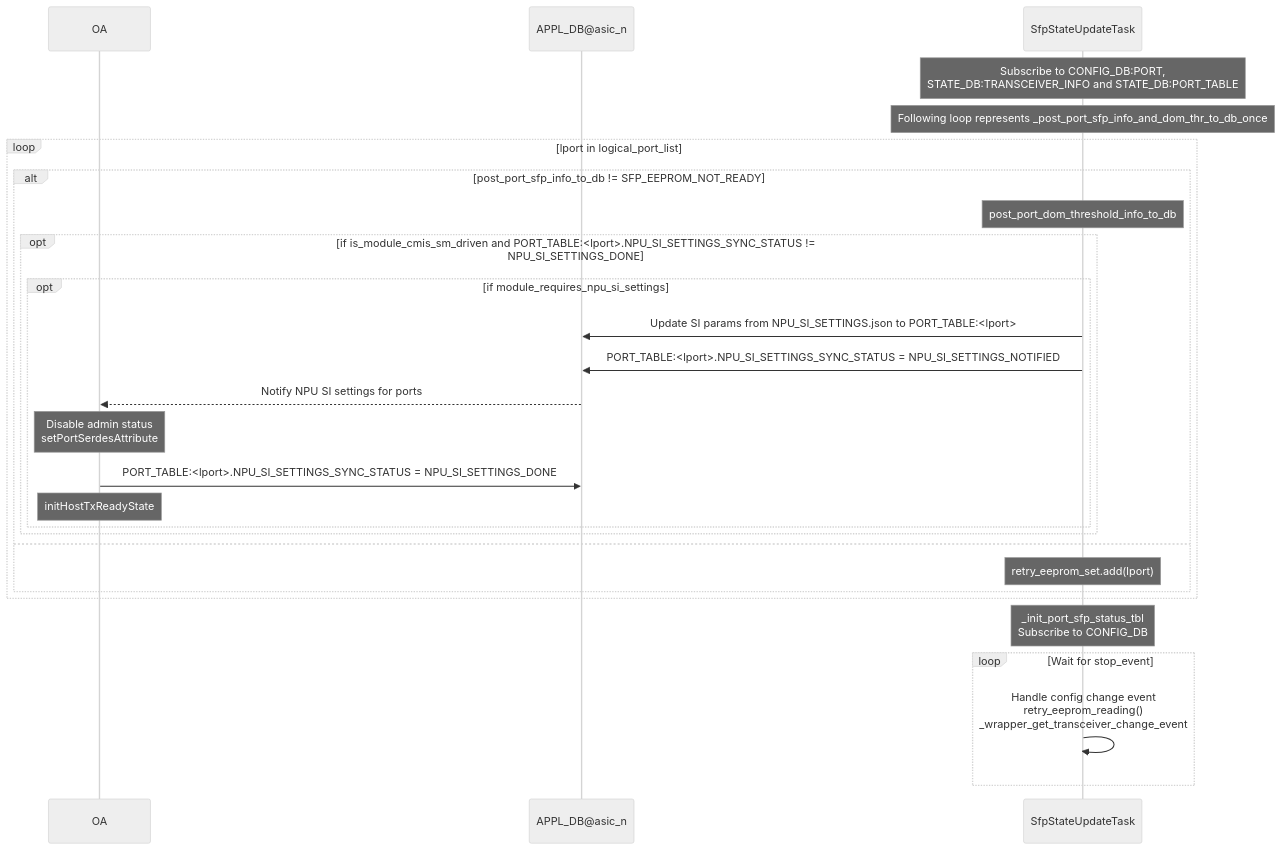
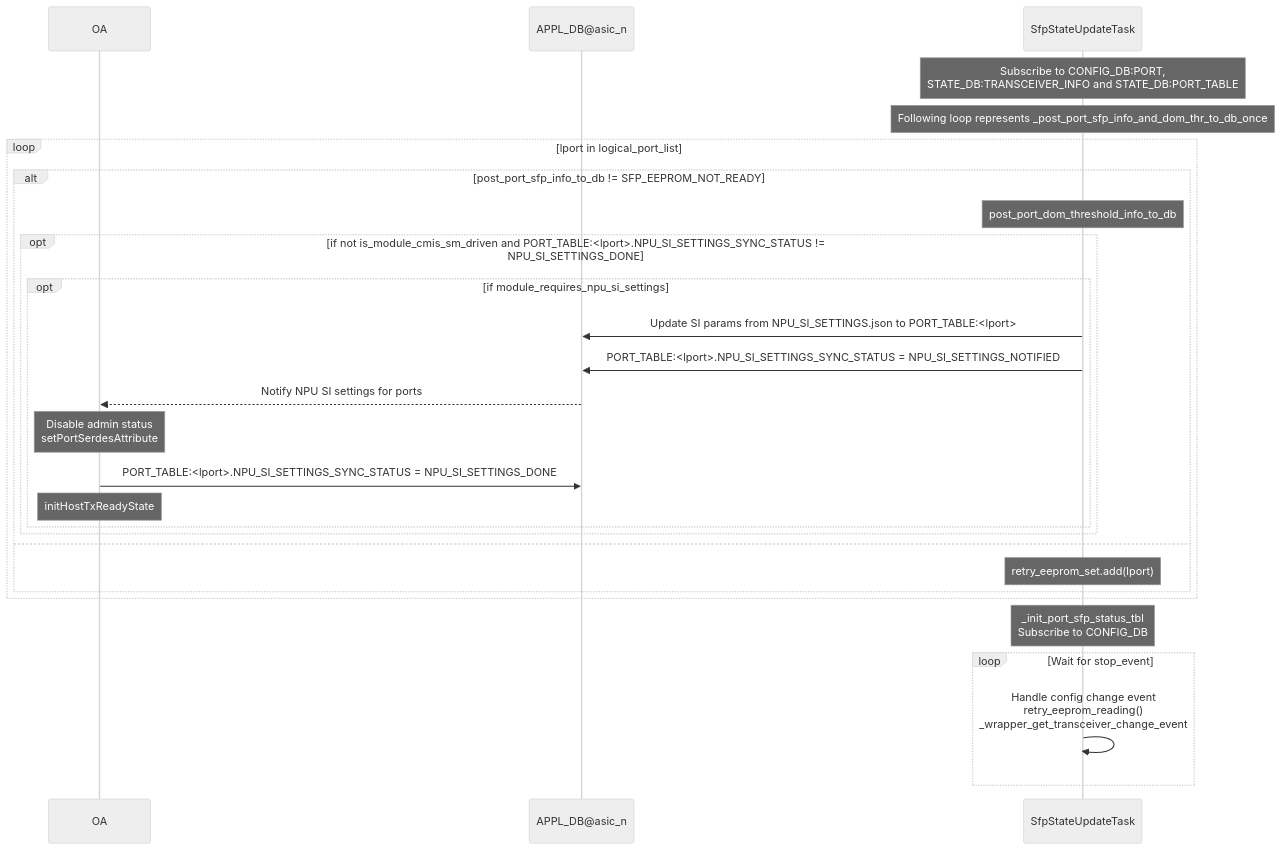
One commit to sonic-net/SONiC changed the second of 5 diagrams in doc/sfp-cmis/Interface-Link-bring-up-sequence.md. Above: the diagram before and after it, drawn with Mermaid (neutral theme).

````diff
--- a/doc/sfp-cmis/Interface-Link-bring-up-sequence.md
+++ b/doc/sfp-cmis/Interface-Link-bring-up-sequence.md
@@ -283,30 +283,30 @@
 ```mermaid
 sequenceDiagram
     participant OA
     participant APPL_DB as APPL_DB@asic_n
     participant SfpStateUpdateTask
 
     Note over SfpStateUpdateTask: Subscribe to CONFIG_DB:PORT,<br>STATE_DB:TRANSCEIVER_INFO and STATE_DB:PORT_TABLE
     Note over SfpStateUpdateTask: Following loop represents _post_port_sfp_info_and_dom_thr_to_db_once
     loop lport in logical_port_list
         alt post_port_sfp_info_to_db != SFP_EEPROM_NOT_READY
              Note over SfpStateUpdateTask: post_port_dom_threshold_info_to_db
-            opt if is_module_cmis_sm_driven and PORT_TABLE:<lport>.NPU_SI_SETTINGS_SYNC_STATUS != NPU_SI_SETTINGS_DONE
+            opt if not is_module_cmis_sm_driven and PORT_TABLE:<lport>.NPU_SI_SETTINGS_SYNC_STATUS != NPU_SI_SETTINGS_DONE
               opt if module_requires_npu_si_settings
                   SfpStateUpdateTask ->> APPL_DB: Update SI params from NPU_SI_SETTINGS.json to PORT_TABLE:<lport>
                   SfpStateUpdateTask ->> APPL_DB: PORT_TABLE:<lport>.NPU_SI_SETTINGS_SYNC_STATUS = NPU_SI_SETTINGS_NOTIFIED
                   APPL_DB -->> OA: Notify NPU SI settings for ports
                   Note over OA: Disable admin status<br>setPortSerdesAttribute
                   OA ->> APPL_DB: PORT_TABLE:<lport>.NPU_SI_SETTINGS_SYNC_STATUS = NPU_SI_SETTINGS_DONE
                   Note over OA: initHostTxReadyState
                 end
             end
         else
             Note over SfpStateUpdateTask: retry_eeprom_set.add(lport)
         end
     end
     Note over SfpStateUpdateTask: _init_port_sfp_status_tbl<br>Subscribe to CONFIG_DB
     loop Wait for stop_event
         SfpStateUpdateTask ->> SfpStateUpdateTask: Handle config change event<br>retry_eeprom_reading()<br>_wrapper_get_transceiver_change_event
     end
 ```
````
